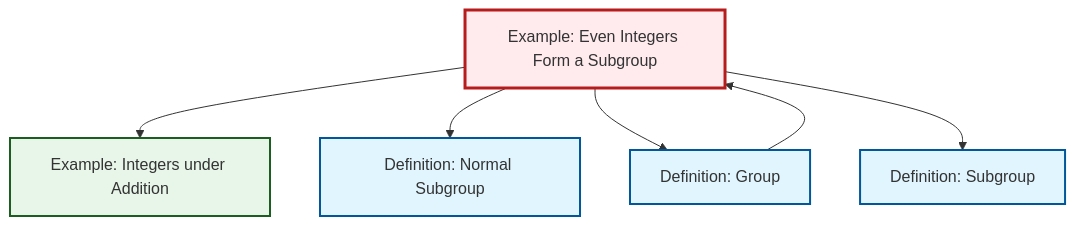
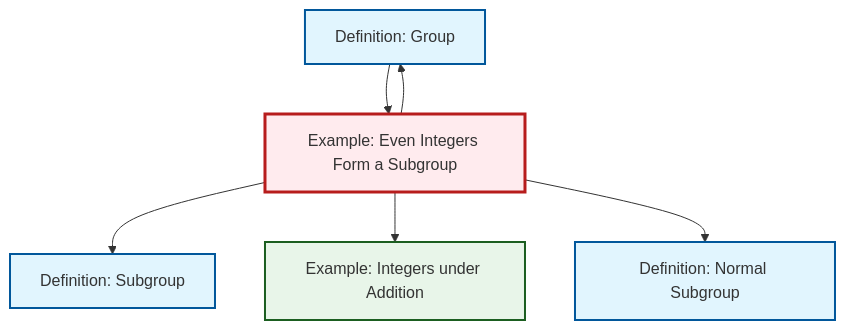
Before and after one commit to RK0429/ModernMath: the diagram in content/ja/algebra/ex-even-integers-subgroup.qmd, drawn with Mermaid. The commit also changed other lines of this file and 530 other files, not shown here.

````diff
--- a/content/ja/algebra/ex-even-integers-subgroup.qmd
+++ b/content/ja/algebra/ex-even-integers-subgroup.qmd
@@ -50,24 +50,24 @@
 ```{mermaid}
 %%| fig-cap: "Local dependency graph"
 graph TD
     classDef definition fill:#e1f5fe,stroke:#01579b,stroke-width:2px
     classDef theorem fill:#f3e5f5,stroke:#4a148c,stroke-width:2px
     classDef axiom fill:#fff3e0,stroke:#e65100,stroke-width:2px
     classDef example fill:#e8f5e9,stroke:#1b5e20,stroke-width:2px
     classDef current fill:#ffebee,stroke:#b71c1c,stroke-width:3px
+    def-subgroup["Definition: Subgroup"]:::definition
     def-normal-subgroup["Definition: Normal Subgroup"]:::definition
-    ex-even-integers-subgroup["Example: Even Integers Form a Subgroup"]:::example
-    def-subgroup["Definition: Subgroup"]:::definition
     def-group["Definition: Group"]:::definition
     ex-integers-addition["Example: Integers under Addition"]:::example
+    ex-even-integers-subgroup["Example: Even Integers Form a Subgroup"]:::example
+    ex-even-integers-subgroup --> def-subgroup
+    ex-even-integers-subgroup --> def-group
     ex-even-integers-subgroup --> ex-integers-addition
+    def-group --> ex-even-integers-subgroup
     ex-even-integers-subgroup --> def-normal-subgroup
-    ex-even-integers-subgroup --> def-group
-    def-group --> ex-even-integers-subgroup
-    ex-even-integers-subgroup --> def-subgroup
     class ex-even-integers-subgroup current
+    click def-subgroup "def-subgroup.html" "Definition: Subgroupへ"
     click def-normal-subgroup "def-normal-subgroup.html" "Definition: Normal Subgroupへ"
-    click def-subgroup "def-subgroup.html" "Definition: Subgroupへ"
     click def-group "def-group.html" "Definition: Groupへ"
     click ex-integers-addition "ex-integers-addition.html" "Example: Integers under Additionへ"
 ```
````
